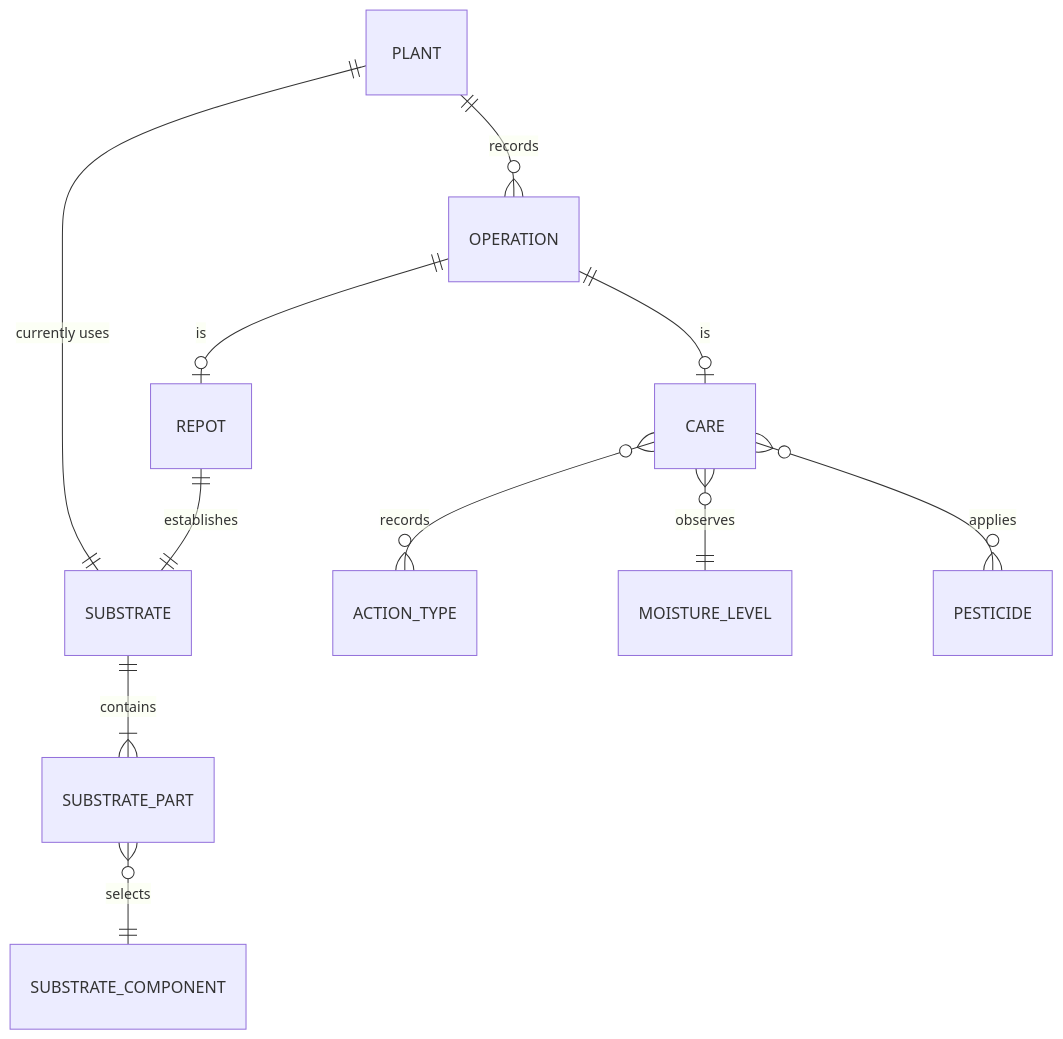
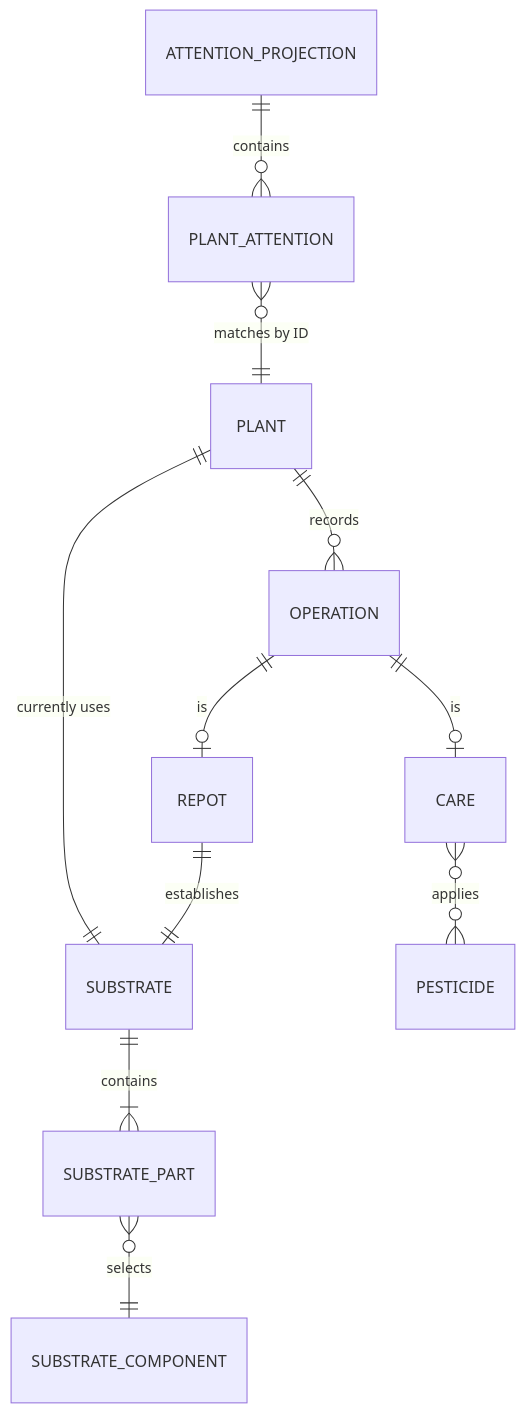
The first of 2 diagrams in specs/design.md (cosminci/gardening), drawn with Mermaid before and after one commit. The commit also changed other lines of this file and 8 other files, not shown here.

````diff
--- a/specs/design.md
+++ b/specs/design.md
@@ -13,13 +15,13 @@
 ```mermaid
 erDiagram
     PLANT ||--o{ OPERATION : records
     PLANT ||--|| SUBSTRATE : "currently uses"
     OPERATION ||--o| CARE : "is"
     OPERATION ||--o| REPOT : "is"
     REPOT ||--|| SUBSTRATE : "establishes"
     SUBSTRATE ||--|{ SUBSTRATE_PART : contains
     SUBSTRATE_PART }o--|| SUBSTRATE_COMPONENT : selects
-    CARE }o--o{ ACTION_TYPE : records
-    CARE }o--|| MOISTURE_LEVEL : observes
     CARE }o--o{ PESTICIDE : applies
+    ATTENTION_PROJECTION ||--o{ PLANT_ATTENTION : contains
+    PLANT_ATTENTION }o--|| PLANT : "matches by ID"
 ```
````
